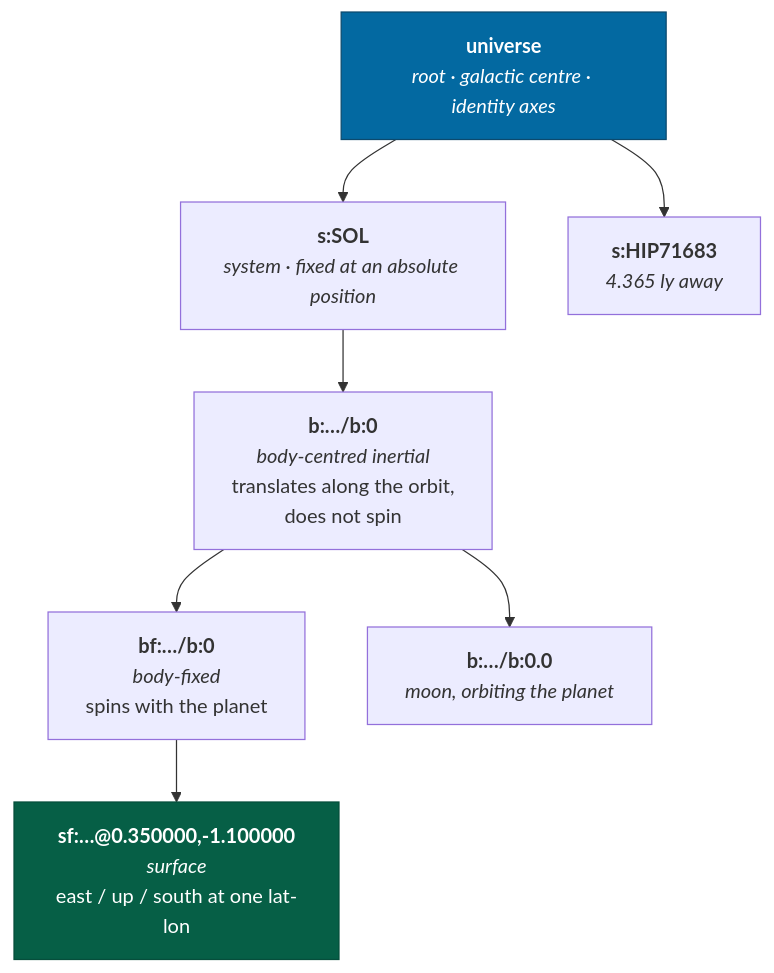
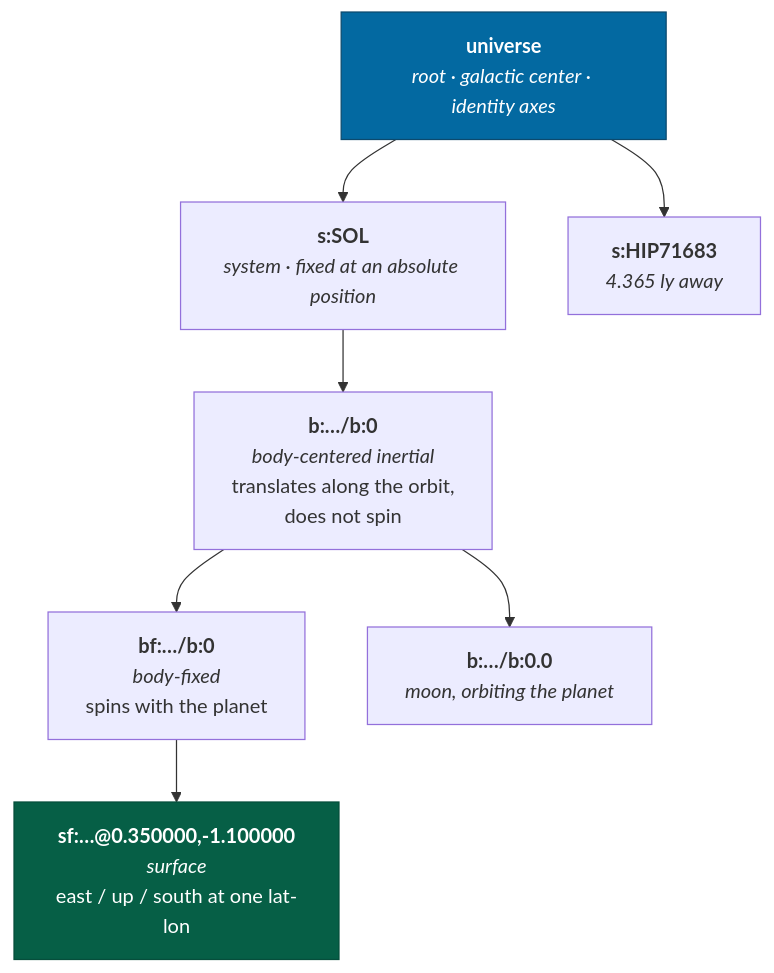
Before and after one commit to jonjaques/inertialref: the first of 4 diagrams in docs/concepts/frames.md, drawn with Mermaid. The commit also changed other lines of this file and 83 other files, not shown here.

````diff
--- a/docs/concepts/frames.md
+++ b/docs/concepts/frames.md
@@ -35,20 +35,20 @@
 ```mermaid
 flowchart TB
-    ROOT["<b>universe</b><br/><i>root · galactic centre · identity axes</i>"]
+    ROOT["<b>universe</b><br/><i>root · galactic center · identity axes</i>"]
     SYS["<b>s:SOL</b><br/><i>system · fixed at an absolute position</i>"]
     SYS2["<b>s:HIP71683</b><br/><i>4.365 ly away</i>"]
-    BODY["<b>b:…/b:0</b><br/><i>body-centred inertial</i><br/>translates along the orbit,<br/>does not spin"]
+    BODY["<b>b:…/b:0</b><br/><i>body-centered inertial</i><br/>translates along the orbit,<br/>does not spin"]
     BF["<b>bf:…/b:0</b><br/><i>body-fixed</i><br/>spins with the planet"]
     SF["<b>sf:…@0.350000,-1.100000</b><br/><i>surface</i><br/>east / up / south at one lat-lon"]
     MOON["<b>b:…/b:0.0</b><br/><i>moon, orbiting the planet</i>"]
 
     ROOT --> SYS
     ROOT --> SYS2
     SYS --> BODY
     BODY --> BF
     BODY --> MOON
     BF --> SF
 
     style ROOT fill:#0369a1,stroke:#0c4a6e,color:#fff
     style SF fill:#065f46,stroke:#064e3b,color:#fff
 ```
````
